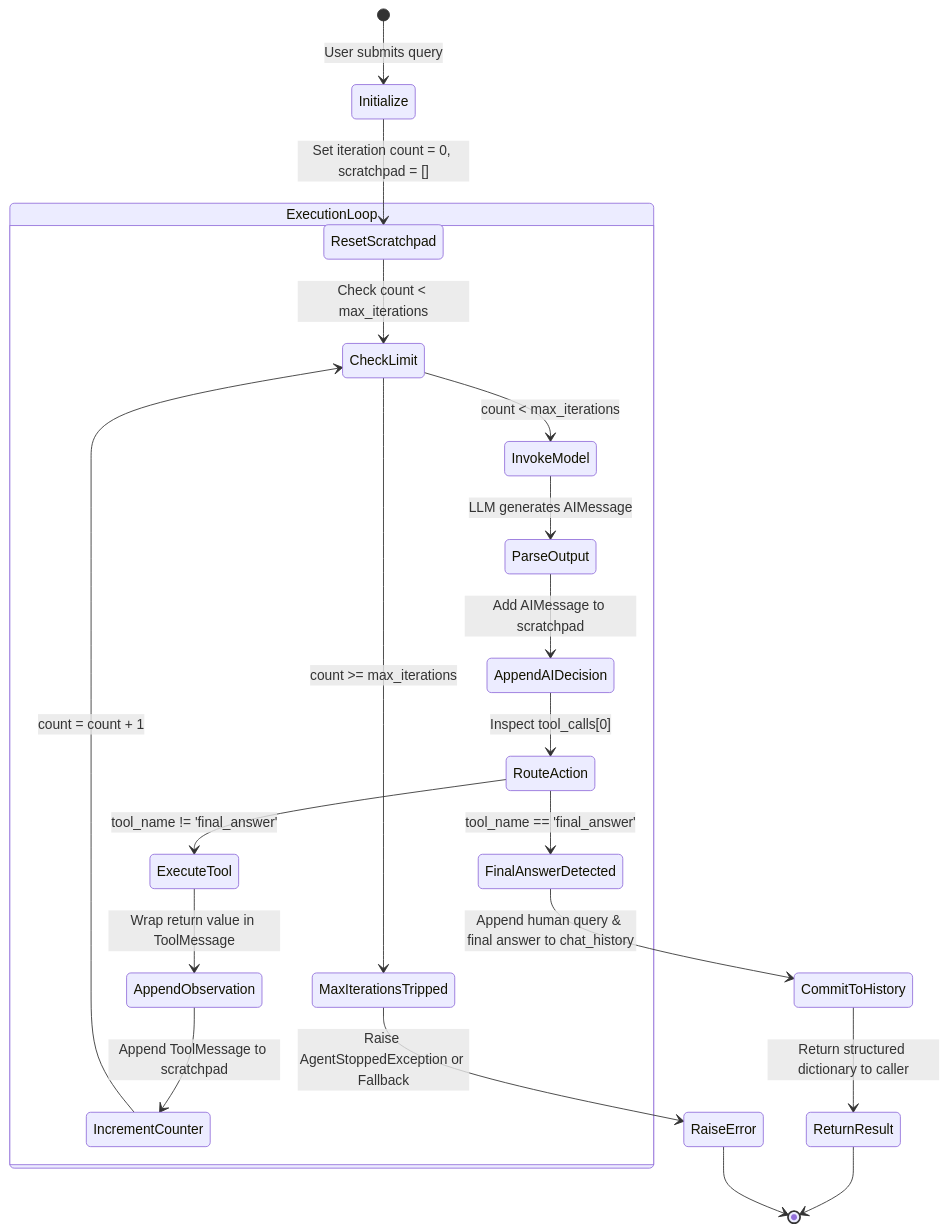
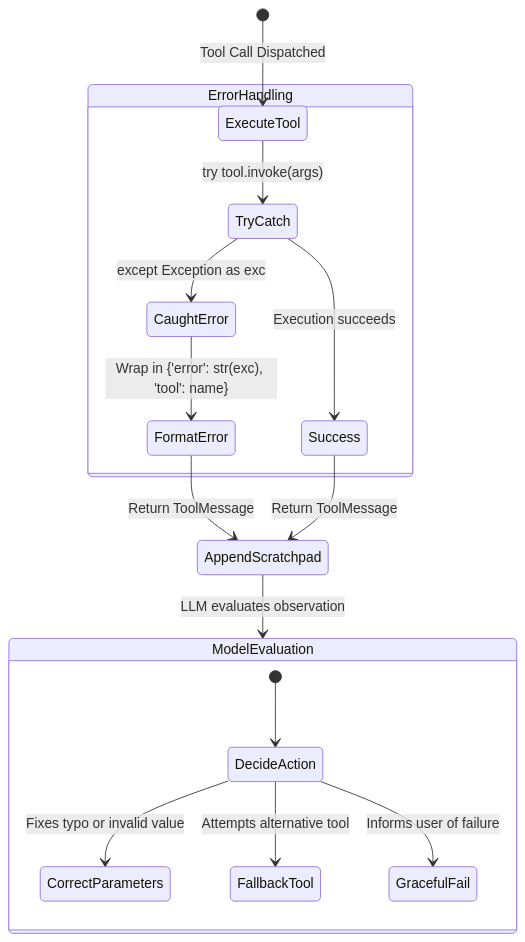
Diagram 40 of 45 in README.md (Tarunkommi/Agentic-AI-Foundations), drawn with Mermaid before and after one commit. The commit also changed other lines of this file and 2 other files, not shown here.

Commit message:
docs & feat: add comprehensive agentic AI architecture sections, basic agent practice program, and gitignore

````diff
--- a/README.md
+++ b/README.md
@@ -1527,30 +1817,22 @@
 ```mermaid
 stateDiagram-v2
-    [*] --> Initialize: User submits query
-    Initialize --> ResetScratchpad: Set iteration count = 0, scratchpad = []
+    [*] --> ExecuteTool: Tool Call Dispatched
     
-    state ExecutionLoop {
-        ResetScratchpad --> CheckLimit: Check count < max_iterations
-        CheckLimit --> InvokeModel: count < max_iterations
-        CheckLimit --> MaxIterationsTripped: count >= max_iterations
-        
-        InvokeModel --> ParseOutput: LLM generates AIMessage
-        ParseOutput --> AppendAIDecision: Add AIMessage to scratchpad
-        
-        AppendAIDecision --> RouteAction: Inspect tool_calls[0]
-        
-        RouteAction --> ExecuteTool: tool_name != 'final_answer'
-        ExecuteTool --> AppendObservation: Wrap return value in ToolMessage
-        AppendObservation --> IncrementCounter: Append ToolMessage to scratchpad
-        IncrementCounter --> CheckLimit: count = count + 1
-        
-        RouteAction --> FinalAnswerDetected: tool_name == 'final_answer'
+    state ErrorHandling {
+        ExecuteTool --> TryCatch: try tool.invoke(args)
+        TryCatch --> Success: Execution succeeds
+        TryCatch --> CaughtError: except Exception as exc
+        CaughtError --> FormatError: Wrap in {'error': str(exc), 'tool': name}
     }
-
-    FinalAnswerDetected --> CommitToHistory: Append human query & final answer to chat_history
-    CommitToHistory --> ReturnResult: Return structured dictionary to caller
-    MaxIterationsTripped --> RaiseError: Raise AgentStoppedException or Fallback
     
-    ReturnResult --> [*]
-    RaiseError --> [*]
+    FormatError --> AppendScratchpad: Return ToolMessage
+    Success --> AppendScratchpad: Return ToolMessage
+    AppendScratchpad --> ModelEvaluation: LLM evaluates observation
+    
+    state ModelEvaluation {
+        [*] --> DecideAction
+        DecideAction --> CorrectParameters: Fixes typo or invalid value
+        DecideAction --> FallbackTool: Attempts alternative tool
+        DecideAction --> GracefulFail: Informs user of failure
+    }
 ```
````
